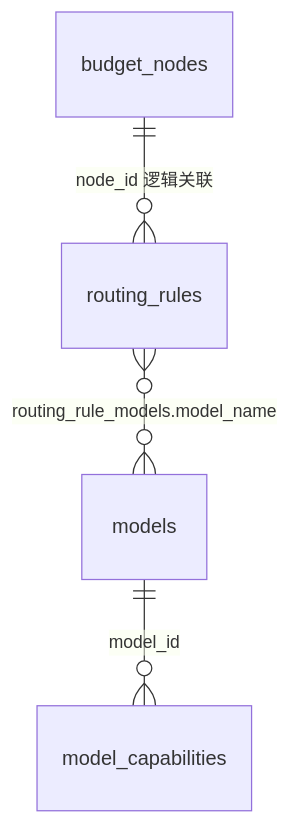
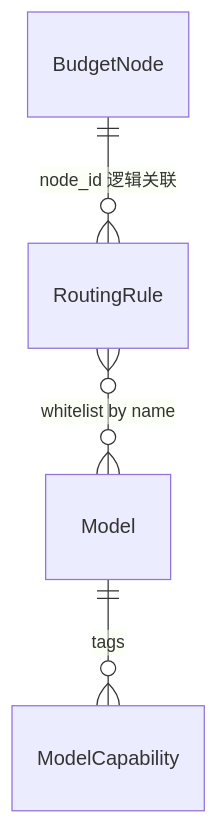
One commit to quyip8818/mytokenjoy changed diagram 18 of 21 in docs/Backend-存储架构.md. Above: the diagram before and after it, drawn with Mermaid. The commit also changed other lines of this file and 120 other files, not shown here.

````diff
--- a/docs/Backend-存储架构.md
+++ b/docs/Backend-存储架构.md
@@ -177,6 +522,6 @@
 ```mermaid
 erDiagram
-  models ||--o{ model_capabilities : model_id
-  routing_rules }o--o{ models : "routing_rule_models.model_name"
-  budget_nodes ||--o{ routing_rules : "node_id 逻辑关联"
+  Model ||--o{ ModelCapability : "tags"
+  BudgetNode ||--o{ RoutingRule : "node_id 逻辑关联"
+  RoutingRule }o--o{ Model : "whitelist by name"
 ```
````
